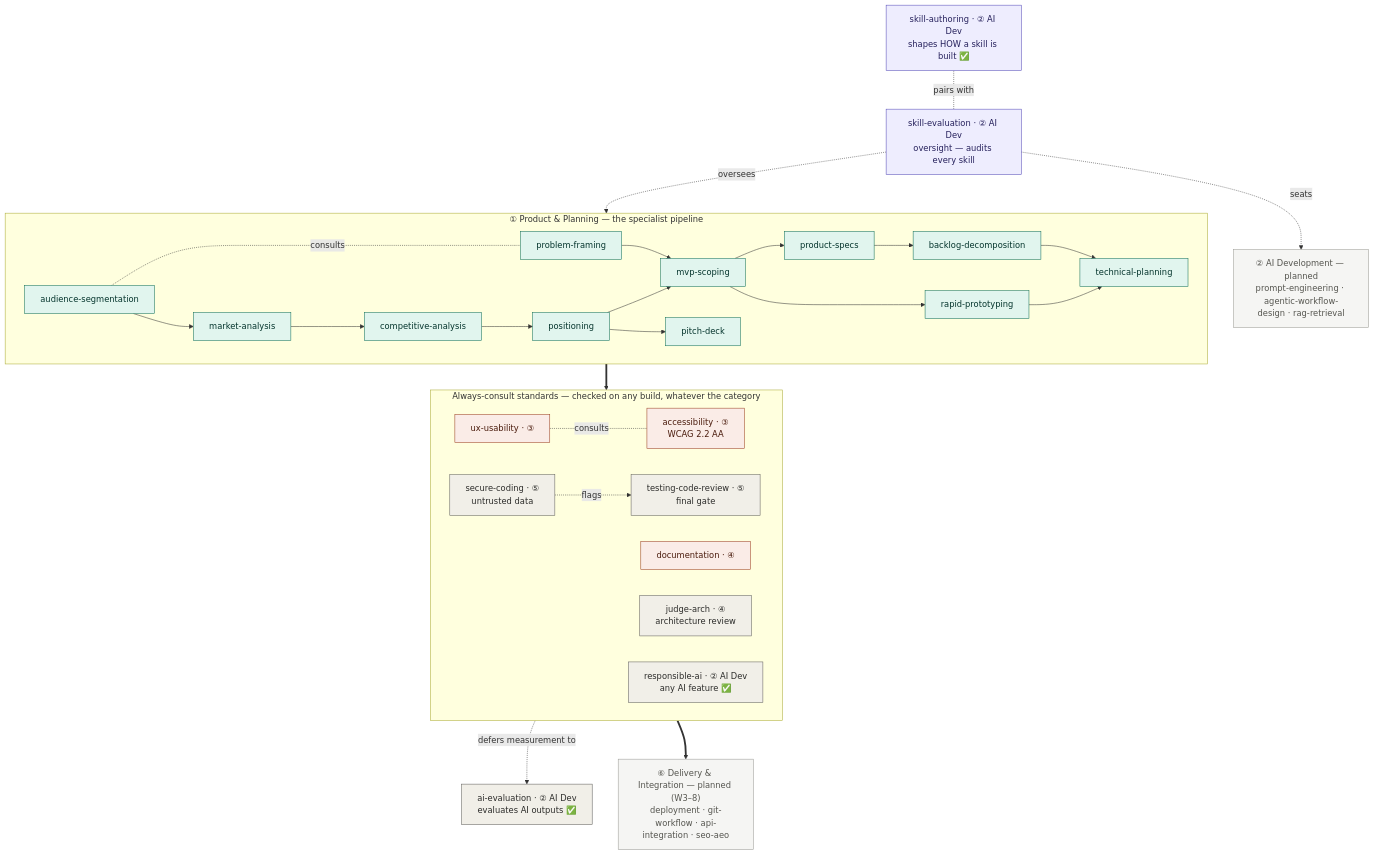
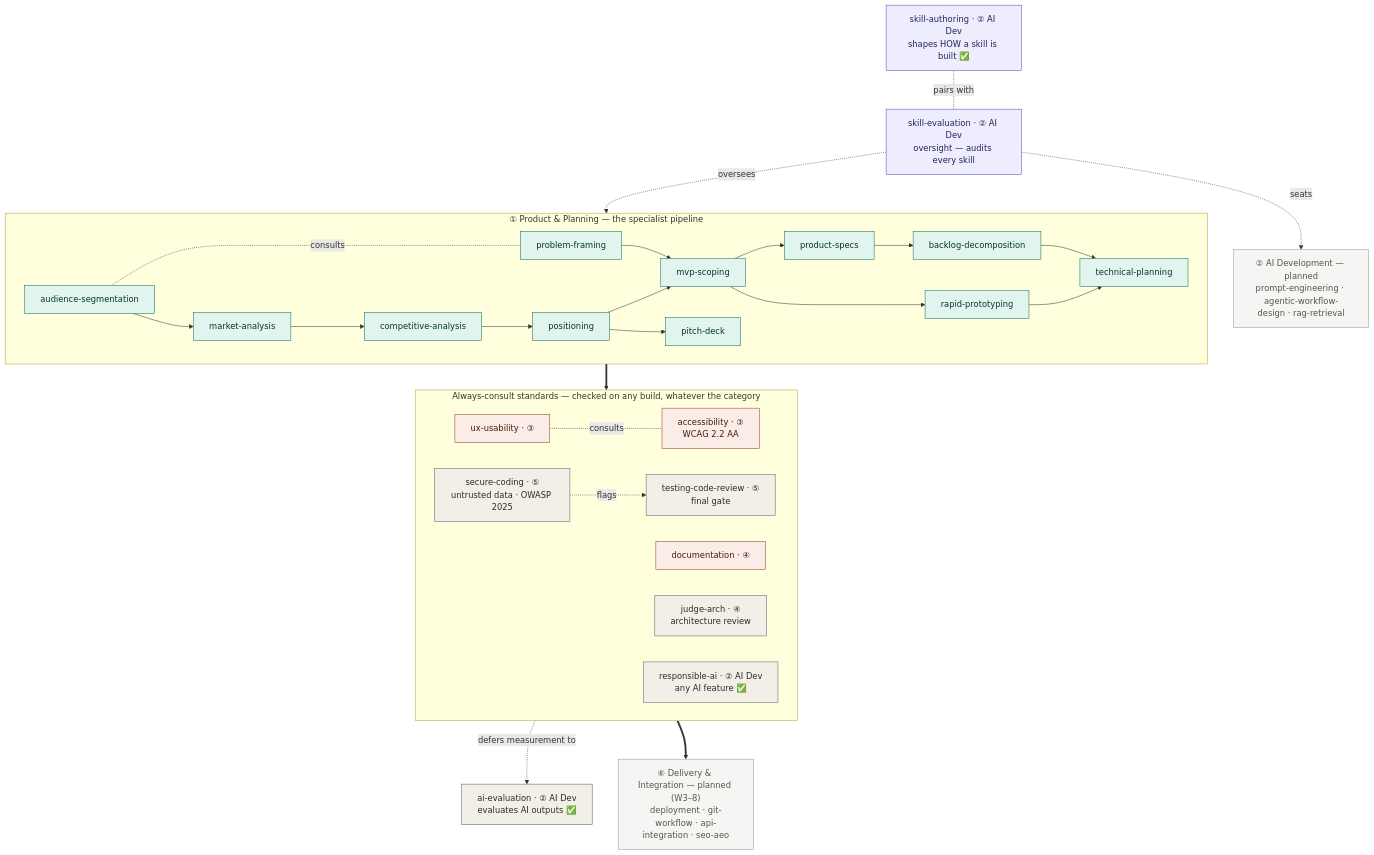
The diagram in docs/SKILLS-LIBRARY.md (ValeriyaMetla/AI-Development-Residency), drawn with Mermaid before and after one commit. The commit also changed other lines of this file and 2 other files, not shown here.

First line of the commit message:
Follow-up to 470b6dd: update every place that describes secure-coding's scope.

````diff
--- a/docs/SKILLS-LIBRARY.md
+++ b/docs/SKILLS-LIBRARY.md
@@ -151,46 +151,46 @@
 ```mermaid
 flowchart TD
     SE["skill-evaluation · ② AI Dev<br/>oversight — audits every skill"]
     SA["skill-authoring · ② AI Dev<br/>shapes HOW a skill is built ✅"]
     AIE["ai-evaluation · ② AI Dev<br/>evaluates AI outputs ✅"]
 
     subgraph C1["① Product & Planning — the specialist pipeline"]
       direction LR
       PF["problem-framing"] --> MVP["mvp-scoping"]
       AS["audience-segmentation"] --> MA["market-analysis"] --> CA["competitive-analysis"] --> POS["positioning"] --> MVP
       MVP --> PS["product-specs"] --> BD["backlog-decomposition"] --> TP["technical-planning"]
       MVP --> RP["rapid-prototyping"] --> TP
       POS --> PD["pitch-deck"]
       AS -. consults .- PF
     end
 
     subgraph XC["Always-consult standards — checked on any build, whatever the category"]
       direction LR
       UX["ux-usability · ③"] -. consults .- A11Y["accessibility · ③<br/>WCAG 2.2 AA"]
       DOC["documentation · ④"]
       JA["judge-arch · ④<br/>architecture review"]
-      SEC["secure-coding · ⑤<br/>untrusted data"] -. flags .-> TCR["testing-code-review · ⑤<br/>final gate"]
+      SEC["secure-coding · ⑤<br/>untrusted data · OWASP 2025"] -. flags .-> TCR["testing-code-review · ⑤<br/>final gate"]
       RAI["responsible-ai · ② AI Dev<br/>any AI feature ✅"]
     end
 
     AID["② AI Development — planned<br/>prompt-engineering · agentic-workflow-design · rag-retrieval"]
     C6["⑥ Delivery & Integration — planned (W3–8)<br/>deployment · git-workflow · api-integration · seo-aeo"]
 
     SE -. oversees .-> C1
     TP ==> XC
     XC ==> C6
     SE -. seats .-> AID
     SA -. pairs with .- SE
     RAI -. defers measurement to .-> AIE
 
     classDef strat fill:#E1F5EE,stroke:#0F6E56,color:#04342C;
     classDef build fill:#FAECE7,stroke:#993C1D,color:#4A1B0C;
     classDef gate fill:#F1EFE8,stroke:#5F5E5A,color:#2C2C2A;
     classDef over fill:#EEEDFE,stroke:#534AB7,color:#26215C;
     classDef plan fill:#F5F5F3,stroke:#9A9A95,color:#55554F;
     class PF,MVP,PS,TP,BD,RP,AS,MA,CA,POS,PD strat;
     class UX,A11Y,DOC build;
     class SEC,TCR,JA,RAI,AIE gate;
     class SE,SA over;
     class AID,C6 plan;
 ```
````
